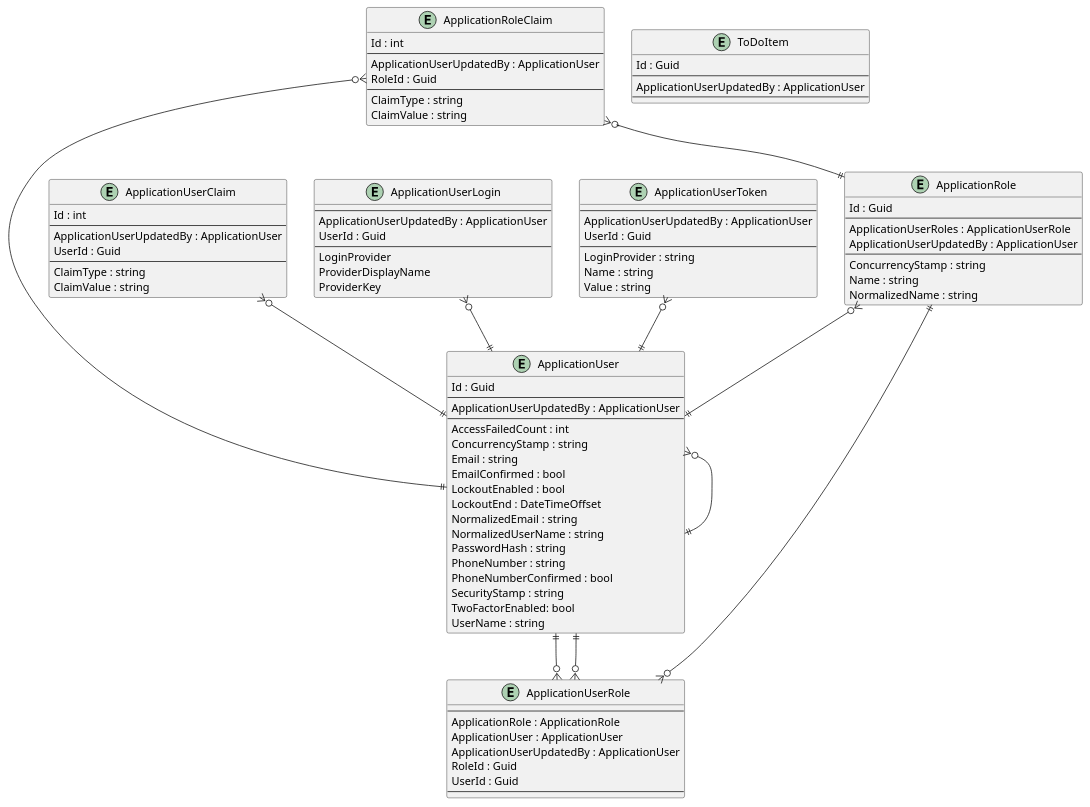
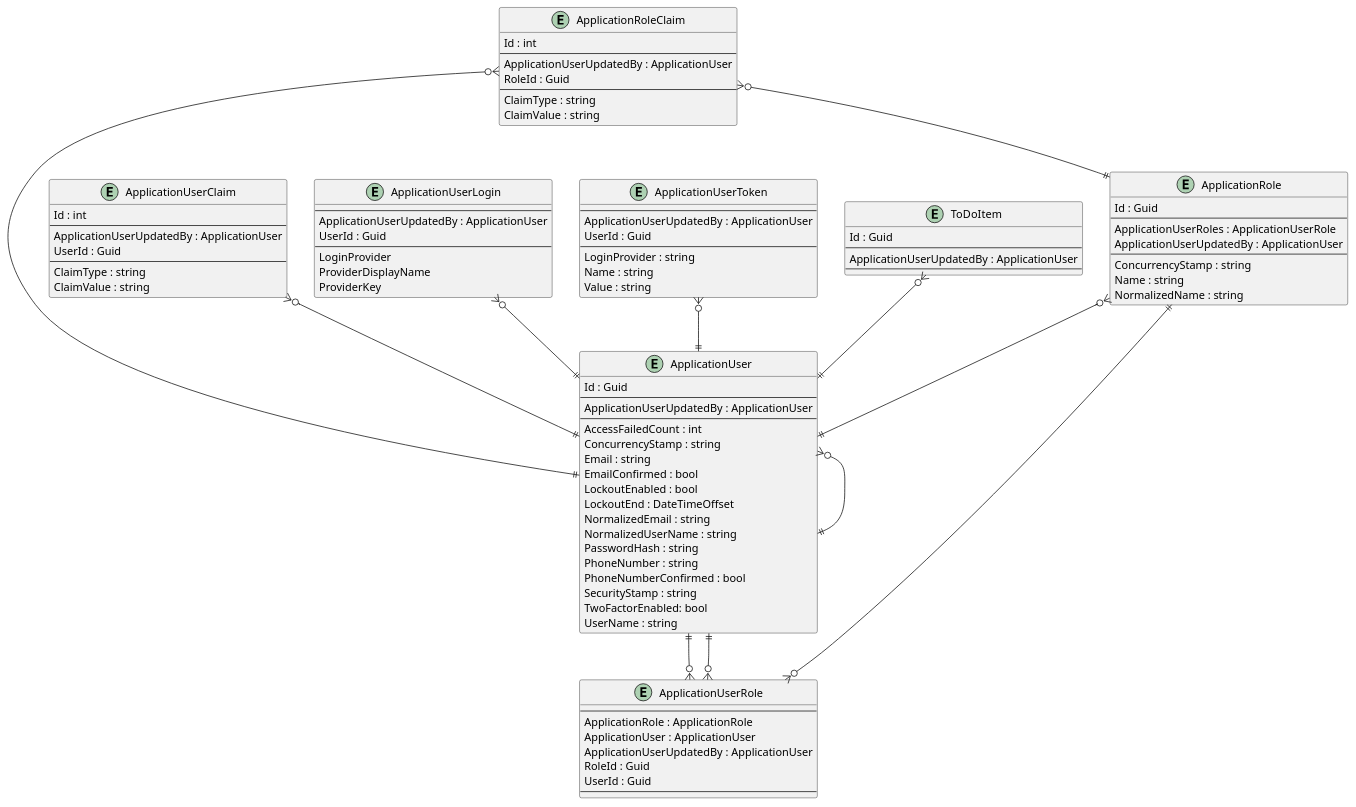
The diagram in .docs/Intrepion.ToDo.pu (intrepion/intrepion_to-do_web_blazor), drawn with PlantUML before and after one commit.

```diff
--- a/.docs/Intrepion.ToDo.pu
+++ b/.docs/Intrepion.ToDo.pu
@@ -1,111 +1,112 @@
 @startuml
 
 entity ApplicationRole {
     Id : Guid
     --
     ApplicationUserRoles : ApplicationUserRole
     ApplicationUserUpdatedBy : ApplicationUser
     --
     ConcurrencyStamp : string
     Name : string
     NormalizedName : string
 }
 
 entity ApplicationRoleClaim {
     Id : int
     --
     ApplicationUserUpdatedBy : ApplicationUser
     RoleId : Guid
     --
     ClaimType : string
     ClaimValue : string
 }
 
 entity ApplicationUser {
     Id : Guid
     --
     ApplicationUserUpdatedBy : ApplicationUser
     ' ApplicationUserKeyCodePlaceholder
     --
     AccessFailedCount : int
     ConcurrencyStamp : string
     Email : string
     EmailConfirmed : bool
     LockoutEnabled : bool
     LockoutEnd : DateTimeOffset
     NormalizedEmail : string
     NormalizedUserName : string
     PasswordHash : string
     PhoneNumber : string
     PhoneNumberConfirmed : bool
     SecurityStamp : string
     TwoFactorEnabled: bool
     UserName : string
     ' ApplicationUserPropertyCodePlaceholder
 }
 
 entity ApplicationUserClaim {
     Id : int
     --
     ApplicationUserUpdatedBy : ApplicationUser
     UserId : Guid
     --
     ClaimType : string
     ClaimValue : string
 }
 
 entity ApplicationUserLogin {
     --
     ApplicationUserUpdatedBy : ApplicationUser
     UserId : Guid
     --
     LoginProvider
     ProviderDisplayName
     ProviderKey
 }
 
 entity ApplicationUserRole {
     --
     ApplicationRole : ApplicationRole
     ApplicationUser : ApplicationUser
     ApplicationUserUpdatedBy : ApplicationUser
     RoleId : Guid
     UserId : Guid
     --
 }
 
 entity ApplicationUserToken {
     --
     ApplicationUserUpdatedBy : ApplicationUser
     UserId : Guid
     --
     LoginProvider : string
     Name : string
     Value : string
 }
 
 entity ToDoItem {
     Id : Guid
     --
     ApplicationUserUpdatedBy : ApplicationUser
     ' ToDoItemKeyCodePlaceholder
     --
     ' ToDoItemPropertyCodePlaceholder
 }
 
 ' EntityCodePlaceholder
 
 ApplicationRole ||--o{ ApplicationUserRole
 ApplicationRole }o--|| ApplicationUser
 ApplicationRoleClaim }o--|| ApplicationRole
 ApplicationRoleClaim }o--|| ApplicationUser
 ApplicationUser }o--|| ApplicationUser
 ApplicationUser ||--o{ ApplicationUserRole
 ApplicationUserClaim }o--|| ApplicationUser
 ApplicationUserLogin }o--|| ApplicationUser
 ApplicationUserRole }o--|| ApplicationUser
 ApplicationUserToken }o--|| ApplicationUser
 
+ToDoItem }o--|| ApplicationUser
 ' RelationshipCodePlaceholder
 
 @enduml
```
